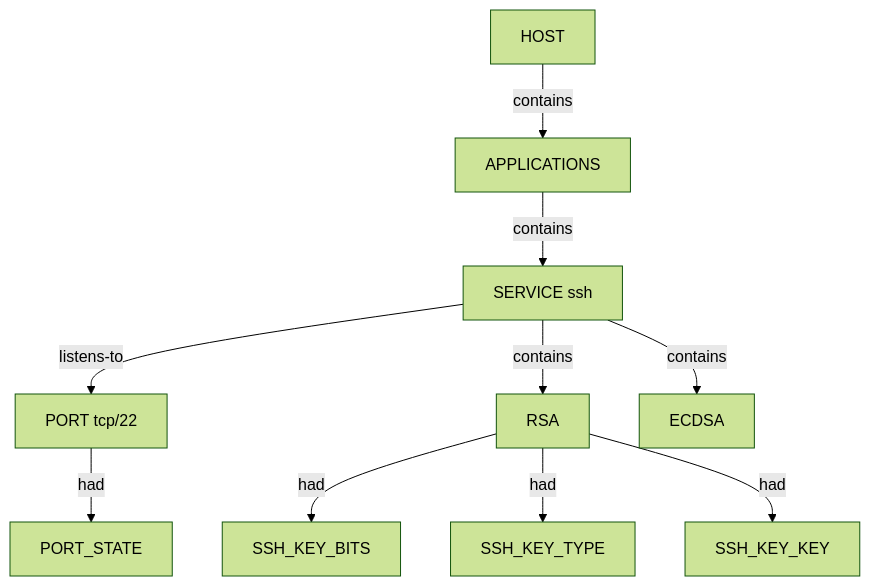
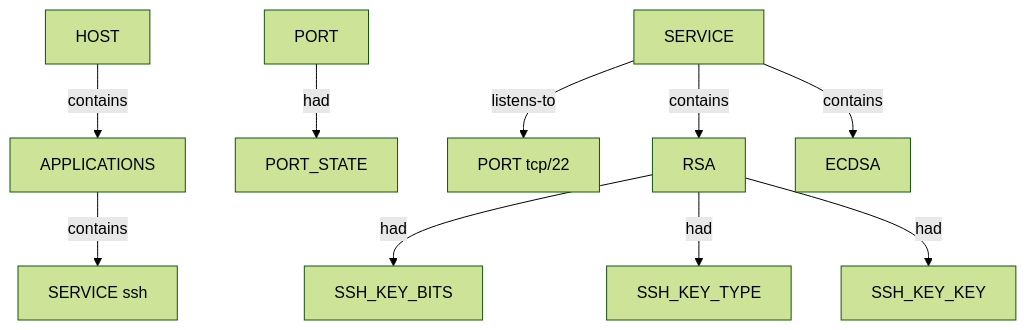
The fourth of 6 diagrams in .docs/docs-for-cli-tools/nugget_structure/nmap_nugget_graph_structure.md (brettforbes/spiderfeet), drawn with Mermaid (forest theme) before and after one commit. The commit also changed other lines of this file and 56 other files, not shown here.

````diff
--- a/.docs/docs-for-cli-tools/nugget_structure/nmap_nugget_graph_structure.md
+++ b/.docs/docs-for-cli-tools/nugget_structure/nmap_nugget_graph_structure.md
@@ -73,22 +84,24 @@
 ```mermaid
 flowchart TD
-  host["HOST"]
-  apps["APPLICATIONS"]
-  sshSvc["SERVICE ssh"]
-  port["PORT tcp/22"]
-  state["PORT_STATE"]
-  rsa["RSA"]
-  ecdsa["ECDSA"]
-  bits["SSH_KEY_BITS"]
-  keyType["SSH_KEY_TYPE"]
-  pubKey["SSH_KEY_KEY"]
-  host -->|contains| apps
-  apps -->|contains| sshSvc
-  sshSvc -->|listens-to| port
-  port -->|had| state
-  sshSvc -->|contains| rsa
-  sshSvc -->|contains| ecdsa
-  rsa -->|had| bits
-  rsa -->|had| keyType
-  rsa -->|had| pubKey
+  host_1["HOST"]
+  applications_2["APPLICATIONS"]
+  service_3["SERVICE ssh"]
+  service_4["SERVICE"]
+  port_5["PORT tcp/22"]
+  port_6["PORT"]
+  port_state_7["PORT_STATE"]
+  rsa_8["RSA"]
+  ecdsa_9["ECDSA"]
+  ssh_key_bits_10["SSH_KEY_BITS"]
+  ssh_key_type_11["SSH_KEY_TYPE"]
+  ssh_key_key_12["SSH_KEY_KEY"]
+  host_1 -->|contains| applications_2
+  applications_2 -->|contains| service_3
+  service_4 -->|listens-to| port_5
+  port_6 -->|had| port_state_7
+  service_4 -->|contains| rsa_8
+  service_4 -->|contains| ecdsa_9
+  rsa_8 -->|had| ssh_key_bits_10
+  rsa_8 -->|had| ssh_key_type_11
+  rsa_8 -->|had| ssh_key_key_12
 ```
````
